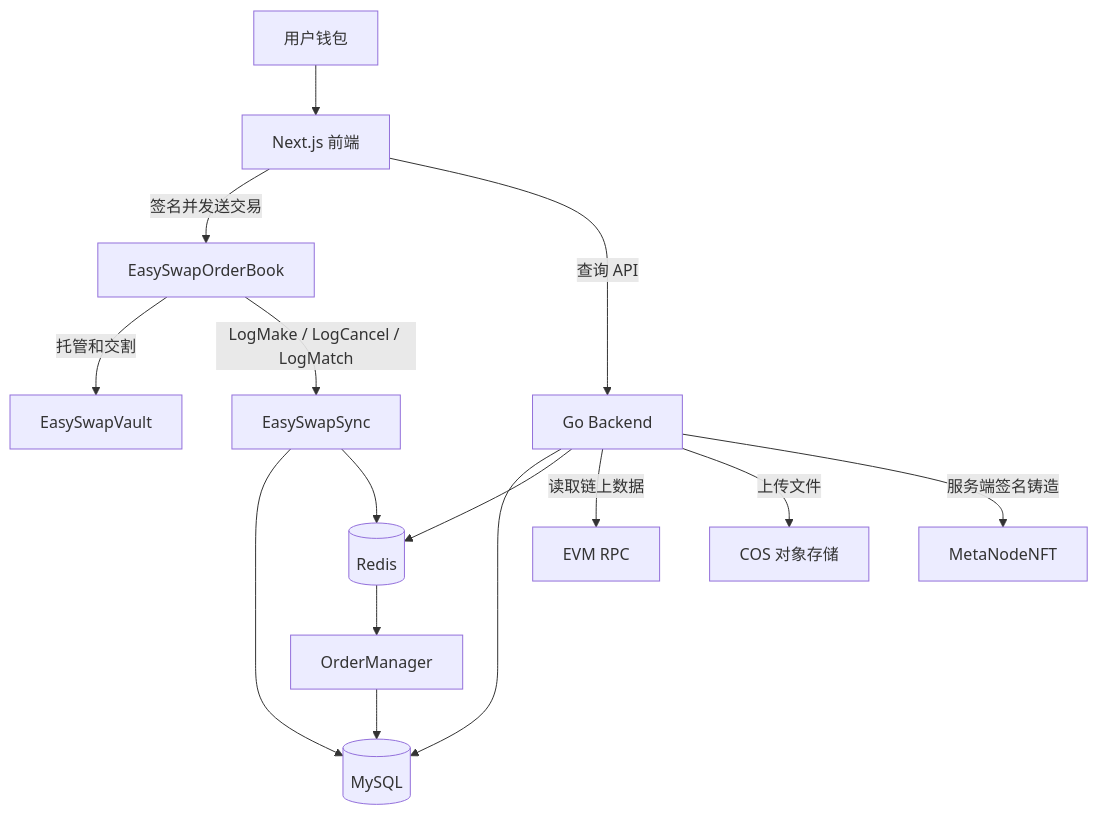
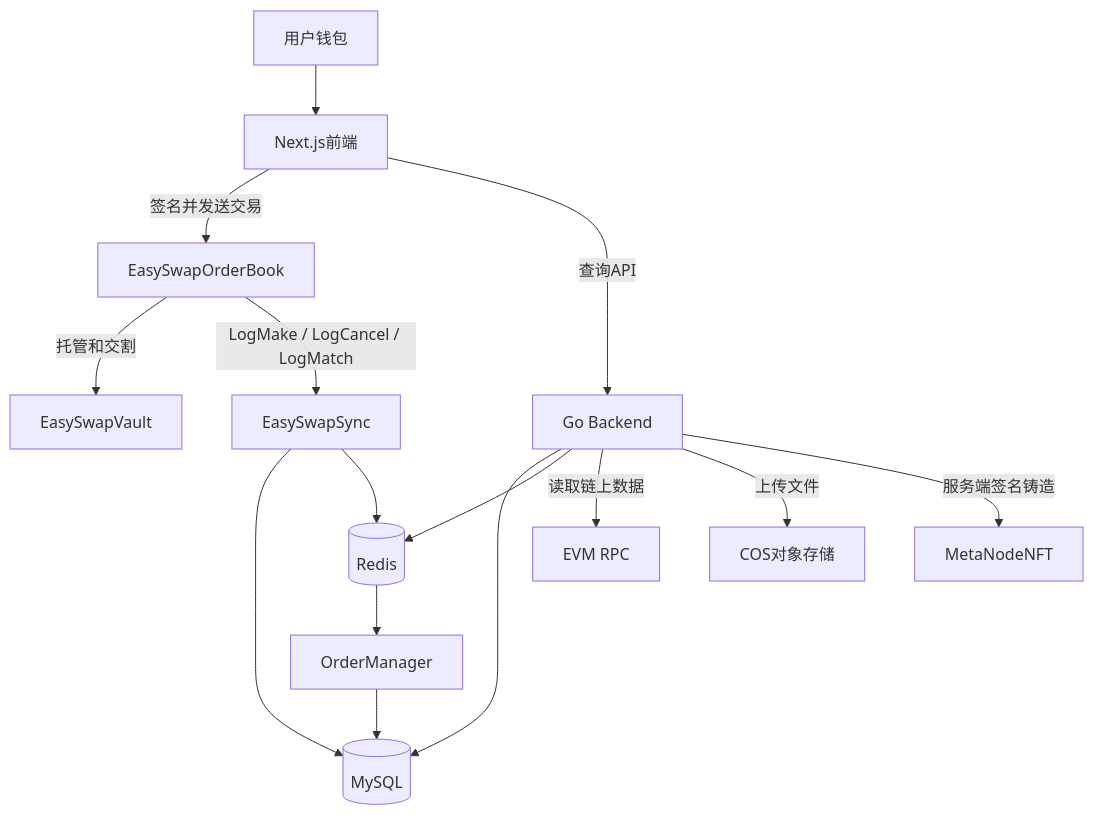
The first of 8 diagrams in docs/学习总结.md (zane868/NFTMarket_study), drawn with Mermaid before and after one commit. The commit also changed other lines of this file, not shown here.

````diff
--- a/docs/学习总结.md
+++ b/docs/学习总结.md
@@ -7,17 +9,17 @@
 ```mermaid
 flowchart TD
-    User[用户钱包] --> Frontend[Next.js 前端]
+    User[用户钱包] --> Frontend[Next.js前端]
     Frontend -->|签名并发送交易| OrderBook[EasySwapOrderBook]
     OrderBook -->|托管和交割| Vault[EasySwapVault]
     OrderBook -->|LogMake / LogCancel / LogMatch| Sync[EasySwapSync]
     Sync --> MySQL[(MySQL)]
     Sync --> Redis[(Redis)]
     Redis --> Manager[OrderManager]
     Manager --> MySQL
-    Frontend -->|查询 API| Backend[Go Backend]
+    Frontend -->|查询API| Backend[Go Backend]
     Backend --> MySQL
     Backend --> Redis
     Backend -->|读取链上数据| RPC[EVM RPC]
-    Backend -->|上传文件| COS[COS 对象存储]
+    Backend -->|上传文件| COS[COS对象存储]
     Backend -->|服务端签名铸造| NFT[MetaNodeNFT]
 ```
````
